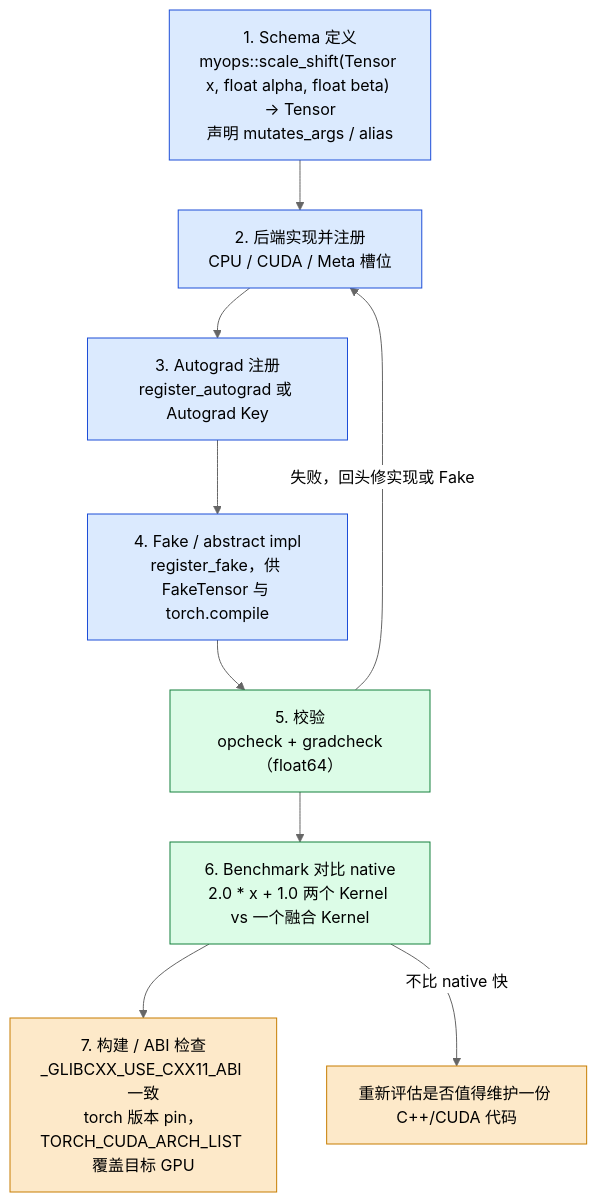
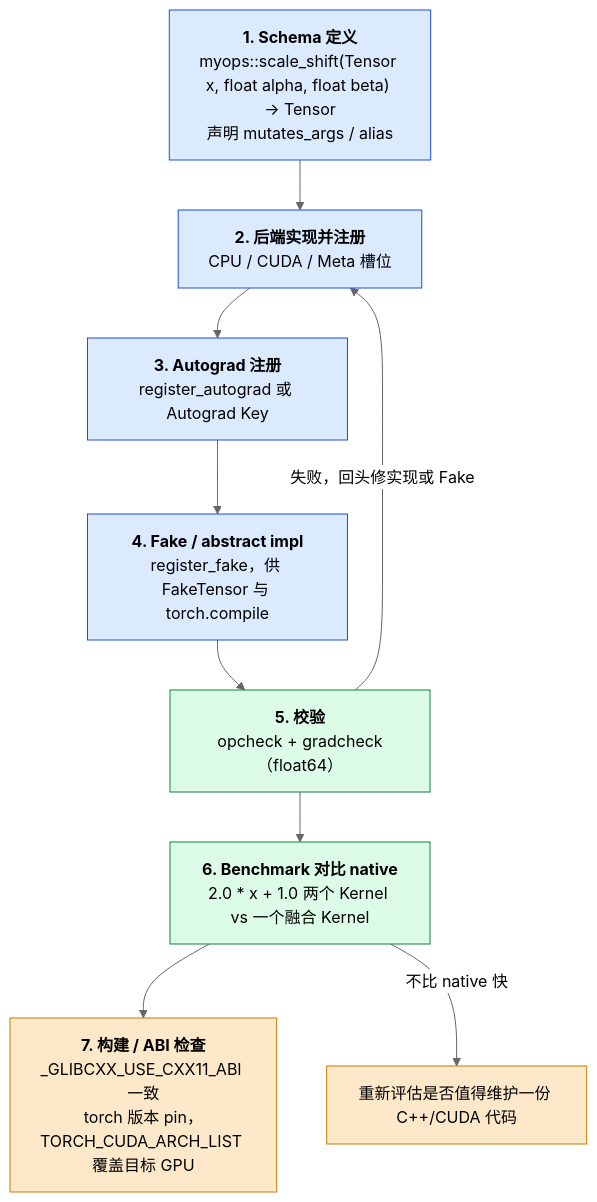
One commit to arganzheng/arganzheng.github.com changed the sixth of 6 diagrams in _posts/2026-02-22-pytorch-cpp-extension-and-custom-operators.md. Above: the diagram before and after it, drawn with Mermaid (neutral theme). The commit also changed other lines of this file and 10 other files, not shown here.

First line of the commit message:
PyTorch 深度实践：从 Tensor 到深度学习运行时：Mermaid 多行方框的首行标为标题（11 篇）

````diff
--- a/_posts/2026-02-22-pytorch-cpp-extension-and-custom-operators.md
+++ b/_posts/2026-02-22-pytorch-cpp-extension-and-custom-operators.md
@@ -1396,21 +1396,21 @@
 ```mermaid
 %% 图：一个算子完成的七条标准：定义与注册、校验、Benchmark、构建与 ABI 检查
 flowchart TB
-    S1["1. Schema 定义<br/>myops::scale_shift(Tensor x, float alpha, float beta) → Tensor<br/>声明 mutates_args / alias"]
-    S2["2. 后端实现并注册<br/>CPU / CUDA / Meta 槽位"]
-    S3["3. Autograd 注册<br/>register_autograd 或 Autograd Key"]
-    S4["4. Fake / abstract impl<br/>register_fake，供 FakeTensor 与 torch.compile"]
-    S5["5. 校验<br/>opcheck + gradcheck（float64）"]
-    S6["6. Benchmark 对比 native<br/>2.0 * x + 1.0 两个 Kernel vs 一个融合 Kernel"]
-    S7["7. 构建 / ABI 检查<br/>_GLIBCXX_USE_CXX11_ABI 一致<br/>torch 版本 pin，TORCH_CUDA_ARCH_LIST 覆盖目标 GPU"]
+    S1["<b>1. Schema 定义</b><br/>myops::scale_shift(Tensor x, float alpha, float beta) → Tensor<br/>声明 mutates_args / alias"]
+    S2["<b>2. 后端实现并注册</b><br/>CPU / CUDA / Meta 槽位"]
+    S3["<b>3. Autograd 注册</b><br/>register_autograd 或 Autograd Key"]
+    S4["<b>4. Fake / abstract impl</b><br/>register_fake，供 FakeTensor 与 torch.compile"]
+    S5["<b>5. 校验</b><br/>opcheck + gradcheck（float64）"]
+    S6["<b>6. Benchmark 对比 native</b><br/>2.0 * x + 1.0 两个 Kernel vs 一个融合 Kernel"]
+    S7["<b>7. 构建 / ABI 检查</b><br/>_GLIBCXX_USE_CXX11_ABI 一致<br/>torch 版本 pin，TORCH_CUDA_ARCH_LIST 覆盖目标 GPU"]
     R["重新评估是否值得维护一份 C++/CUDA 代码"]
     S1 --> S2 --> S3 --> S4 --> S5 --> S6 --> S7
     S5 -->|失败，回头修实现或 Fake| S2
     S6 -->|不比 native 快| R
     classDef table fill:#dbeafe,stroke:#1d4ed8;
     classDef verify fill:#dcfce7,stroke:#15803d;
     classDef ship fill:#fde9c9,stroke:#c77d00;
     class S1,S2,S3,S4 table;
     class S5,S6 verify;
     class S7,R ship;
 ```
````
